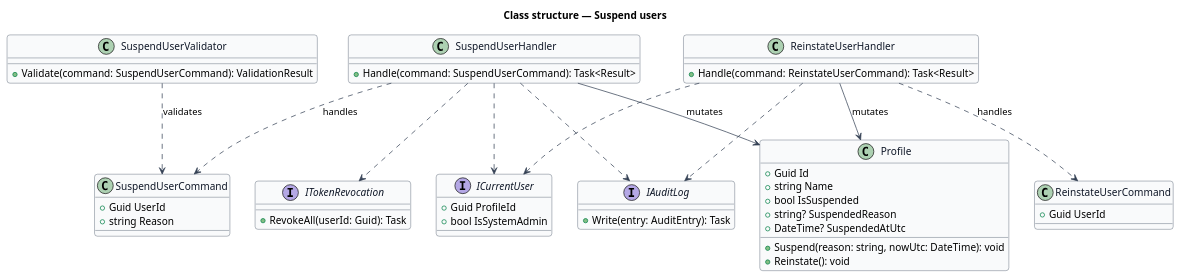
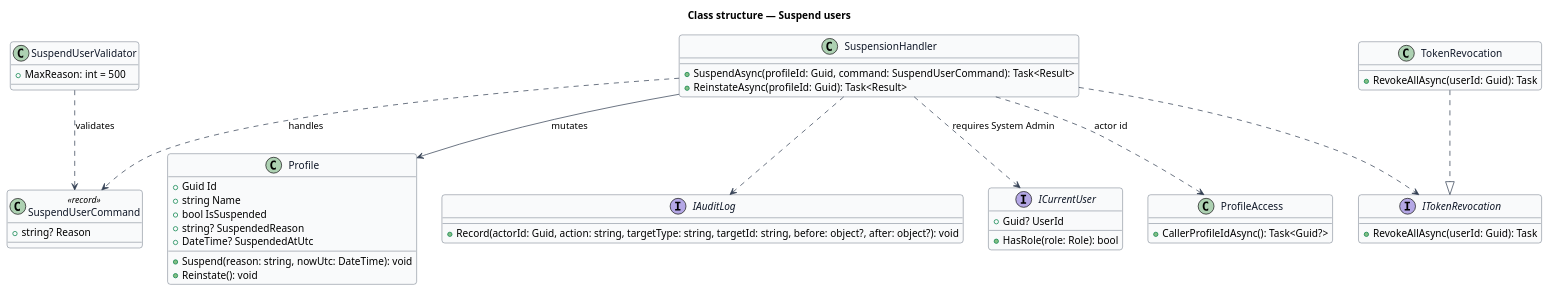
One commit to QuinntyneBrown/faithtech-community changed the diagram in docs/detailed-designs/admin/suspend-users/diagrams/class-structure.puml. Above: the diagram before and after it, drawn with PlantUML. The commit also changed 67 other files, not shown here.

First line of the commit message:
Align the admin and invites designs and diagrams with the built code

```diff
--- a/docs/detailed-designs/admin/suspend-users/diagrams/class-structure.puml
+++ b/docs/detailed-designs/admin/suspend-users/diagrams/class-structure.puml
@@ -1,58 +1,56 @@
 @startuml
 skinparam backgroundColor #FFFFFF
 skinparam shadowing false
 skinparam roundcorner 8
 skinparam defaultFontName Arial
 skinparam ArrowColor #344054
 skinparam class {
   BorderColor #344054
   FontColor #101828
   BackgroundColor #F9FAFB
 }
 title Class structure — Suspend users
 class Profile {
   +Guid Id
   +string Name
   +bool IsSuspended
   +string? SuspendedReason
   +DateTime? SuspendedAtUtc
   +Suspend(reason: string, nowUtc: DateTime): void
   +Reinstate(): void
 }
-class SuspendUserCommand {
-  +Guid UserId
-  +string Reason
-}
-class ReinstateUserCommand {
-  +Guid UserId
+class SuspendUserCommand <<record>> {
+  +string? Reason
 }
 class SuspendUserValidator {
-  +Validate(command: SuspendUserCommand): ValidationResult
+  +MaxReason: int = 500
 }
-class SuspendUserHandler {
-  +Handle(command: SuspendUserCommand): Task<Result>
-}
-class ReinstateUserHandler {
-  +Handle(command: ReinstateUserCommand): Task<Result>
+class SuspensionHandler {
+  +SuspendAsync(profileId: Guid, command: SuspendUserCommand): Task<Result>
+  +ReinstateAsync(profileId: Guid): Task<Result>
 }
 interface ITokenRevocation {
-  +RevokeAll(userId: Guid): Task
+  +RevokeAllAsync(userId: Guid): Task
+}
+class TokenRevocation {
+  +RevokeAllAsync(userId: Guid): Task
 }
 interface IAuditLog {
-  +Write(entry: AuditEntry): Task
+  +Record(actorId: Guid, action: string, targetType: string, targetId: string, before: object?, after: object?): void
 }
 interface ICurrentUser {
-  +Guid ProfileId
-  +bool IsSystemAdmin
+  +Guid? UserId
+  +HasRole(role: Role): bool
+}
+class ProfileAccess {
+  +CallerProfileIdAsync(): Task<Guid?>
 }
 SuspendUserValidator ..> SuspendUserCommand : validates
-SuspendUserHandler ..> SuspendUserCommand : handles
-ReinstateUserHandler ..> ReinstateUserCommand : handles
-SuspendUserHandler --> Profile : mutates
-ReinstateUserHandler --> Profile : mutates
-SuspendUserHandler ..> ITokenRevocation
-SuspendUserHandler ..> IAuditLog
-ReinstateUserHandler ..> IAuditLog
-SuspendUserHandler ..> ICurrentUser
-ReinstateUserHandler ..> ICurrentUser
+SuspensionHandler ..> SuspendUserCommand : handles
+SuspensionHandler --> Profile : mutates
+SuspensionHandler ..> ITokenRevocation
+SuspensionHandler ..> IAuditLog
+SuspensionHandler ..> ICurrentUser : requires System Admin
+SuspensionHandler ..> ProfileAccess : actor id
+TokenRevocation ..|> ITokenRevocation
 @enduml
```
